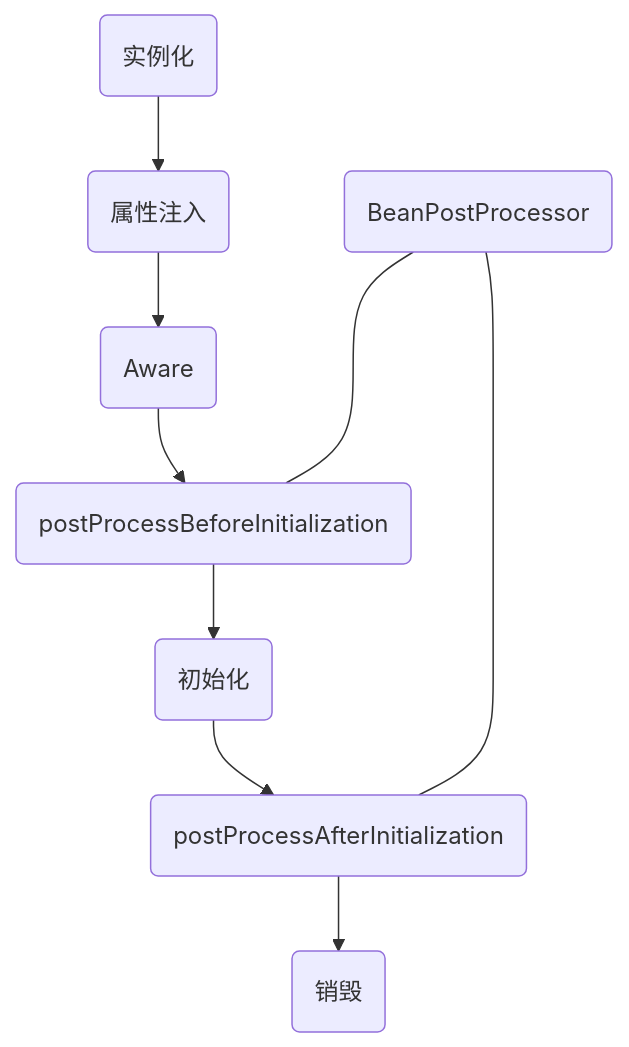
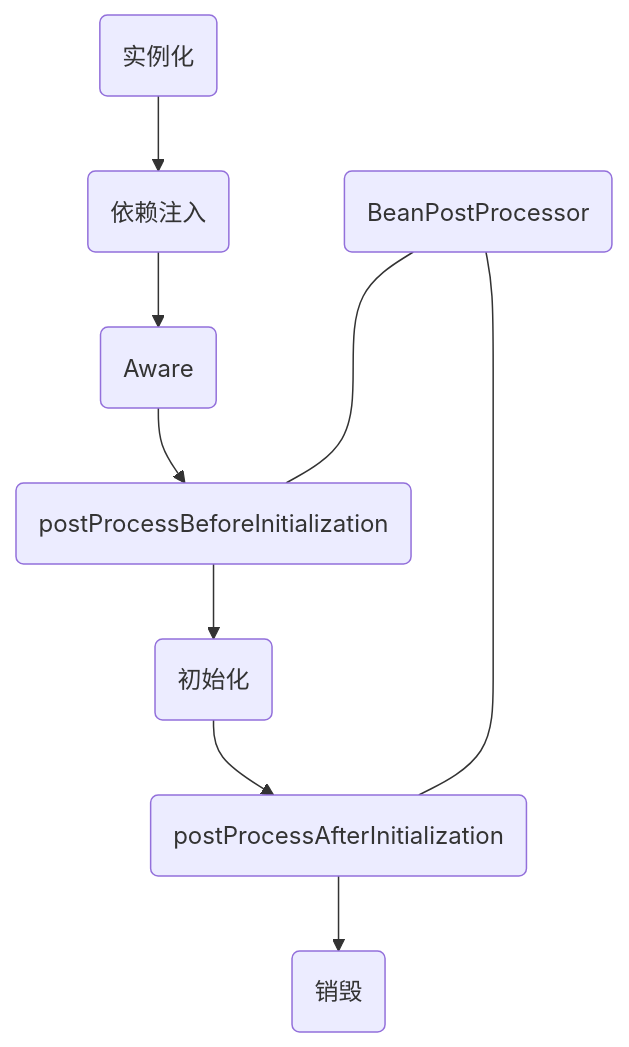
One commit to Lorwell/mirage-document changed the diagram in src/zh/v2.0.x/framework.md. Above: the diagram before and after it, drawn with Mermaid. The commit also changed other lines of this file and 2 other files, not shown here.

````diff
--- a/src/zh/v2.0.x/framework.md
+++ b/src/zh/v2.0.x/framework.md
@@ -170,16 +180,16 @@
 ```mermaid
 graph TB
 
 A(实例化)
-B(属性注入)
+B(依赖注入)
 C(初始化)
 D(销毁)
 E(BeanPostProcessor)
 F(postProcessBeforeInitialization)
 G(postProcessAfterInitialization)
 H(Aware)
 
 A-->B-->H-->F-->C-->G-->D
 E----F
 E----G
 ```
````
